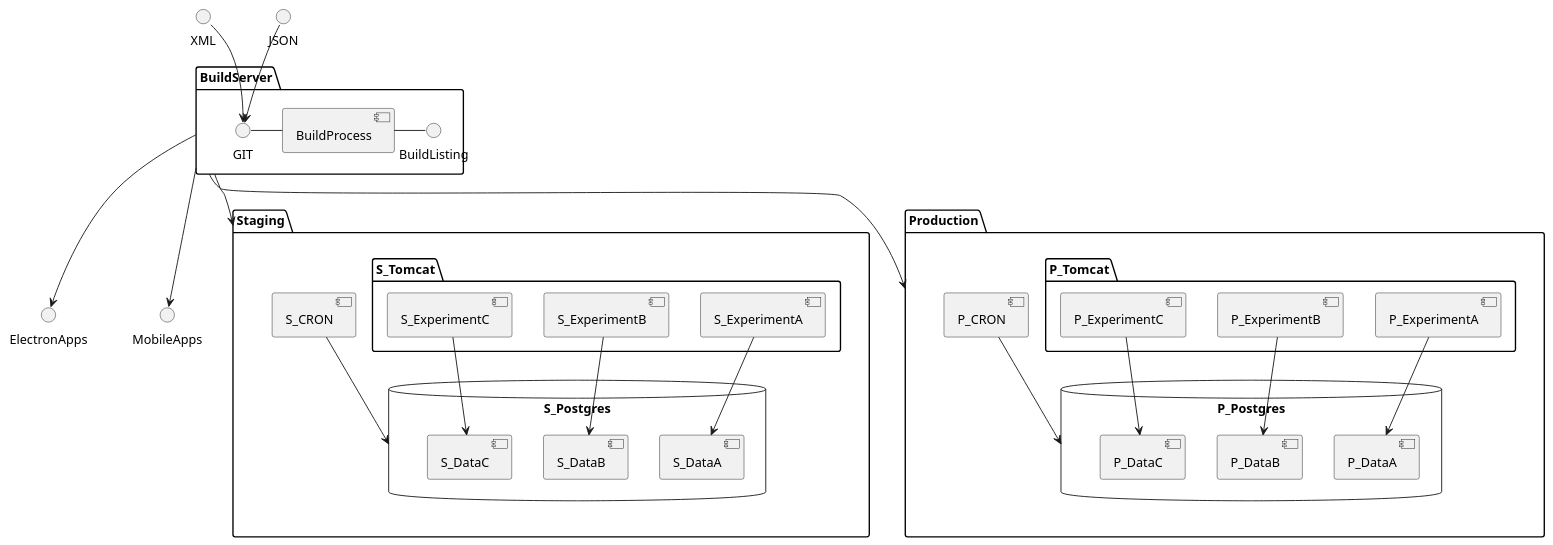
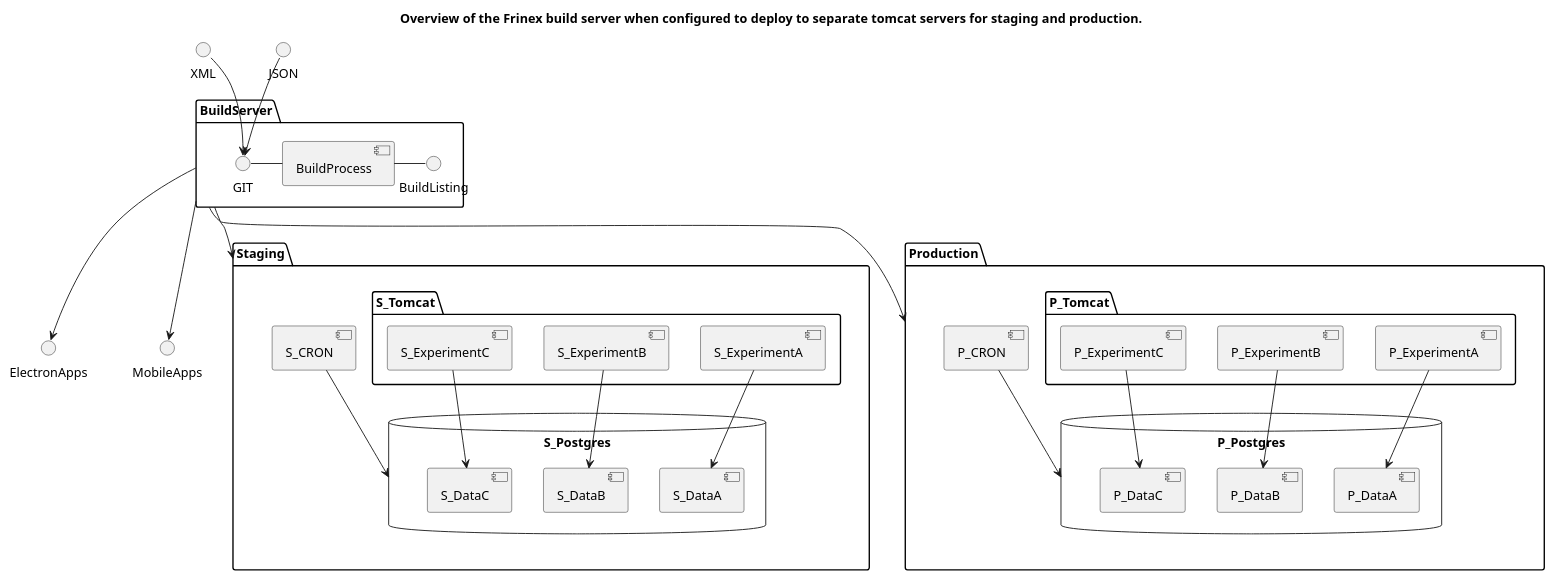
Before and after one commit to MPI-ExperimentGroup/FrinexBuildService: the diagram in src/main/uml/ServiceOverview.puml, drawn with PlantUML. The commit also changed 1 other file, not shown here.

Commit message:
Added an overview UML diagram for the build server configured to deploy to tomcat.

```diff
--- a/src/main/uml/ServiceOverview.puml
+++ b/src/main/uml/ServiceOverview.puml
@@ -1,43 +1,45 @@
 @startuml
+title Overview of the Frinex build server when configured to deploy to separate tomcat servers for staging and production.
+
 package "BuildServer" {
   GIT - [BuildProcess]
   [BuildProcess] - BuildListing
 }
 
 XML --> GIT
 JSON --> GIT
 
 package "Staging" {
   database "S_Postgres" {
     [S_DataA]
     [S_DataB]
     [S_DataC]
   }
   folder "S_Tomcat" {
     [S_ExperimentA] --> S_DataA
     [S_ExperimentB] --> S_DataB
     [S_ExperimentC] --> S_DataC
   }
   [S_CRON] --> S_Postgres 
 }
 
 package "Production" {
   database "P_Postgres" {
     [P_DataA]
     [P_DataB]
     [P_DataC]
   }
   folder "P_Tomcat" {
     [P_ExperimentA] --> P_DataA
     [P_ExperimentB] --> P_DataB
     [P_ExperimentC] --> P_DataC
   }
   [P_CRON] --> P_Postgres 
 }
 
 BuildServer --> ElectronApps
 BuildServer --> MobileApps
 
 BuildServer --> Staging
 BuildServer --> Production
 @enduml
```
